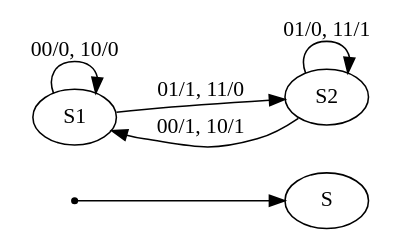
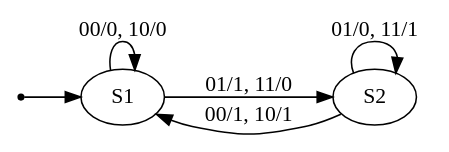
One commit to Ting-Tech/StateMinimization changed the diagram in example/myTest/kiss/case4/out.dot. Above: the diagram before and after it, drawn with Graphviz. The commit also changed 3 other files, not shown here.

```diff
--- a/example/myTest/kiss/case4/out.dot
+++ b/example/myTest/kiss/case4/out.dot
@@ -1,13 +1,13 @@
 digraph STG {
 	rankdir=LR;
 
 	INIT [shape=point];
 	S1 [label="S1"];
 	S2 [label="S2"];
 
-	INIT -> S;
+	INIT -> S1;
 	S1->S1 [label="00/0, 10/0"];
 	S1->S2 [label="01/1, 11/0"];
 	S2->S1 [label="00/1, 10/1"];
 	S2->S2 [label="01/0, 11/1"];
 }
```
